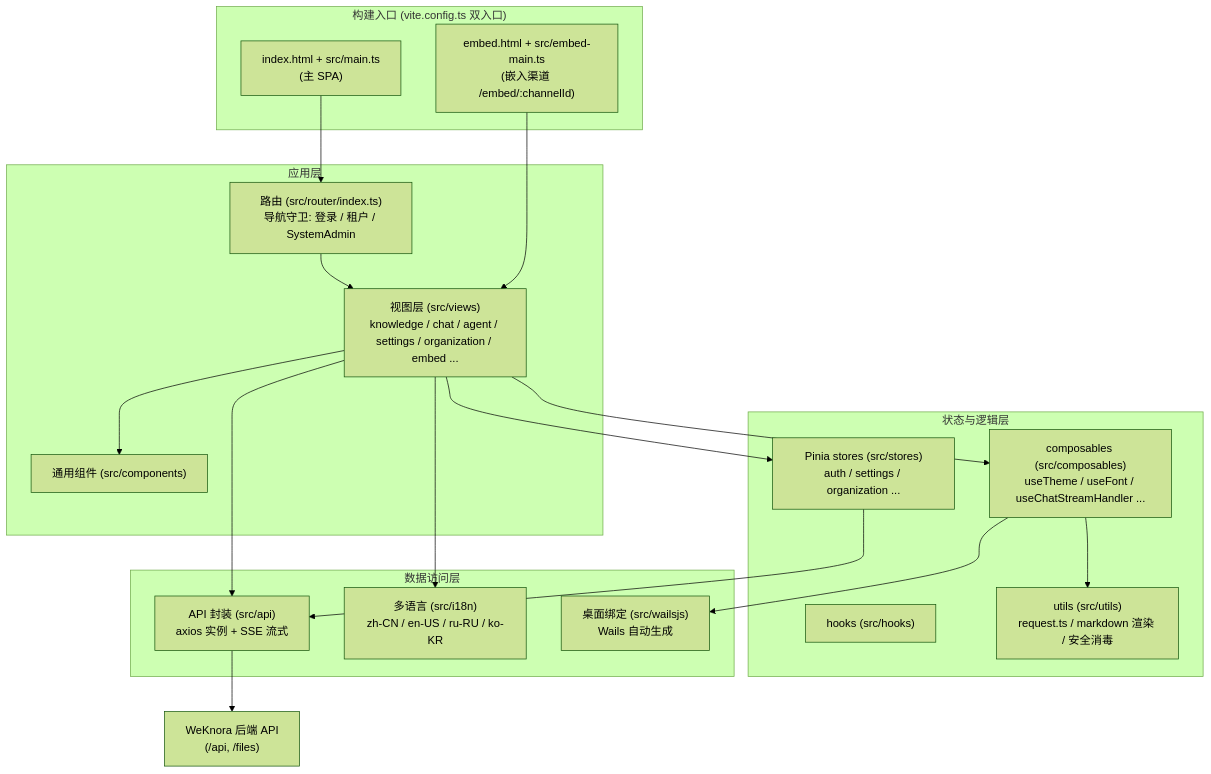
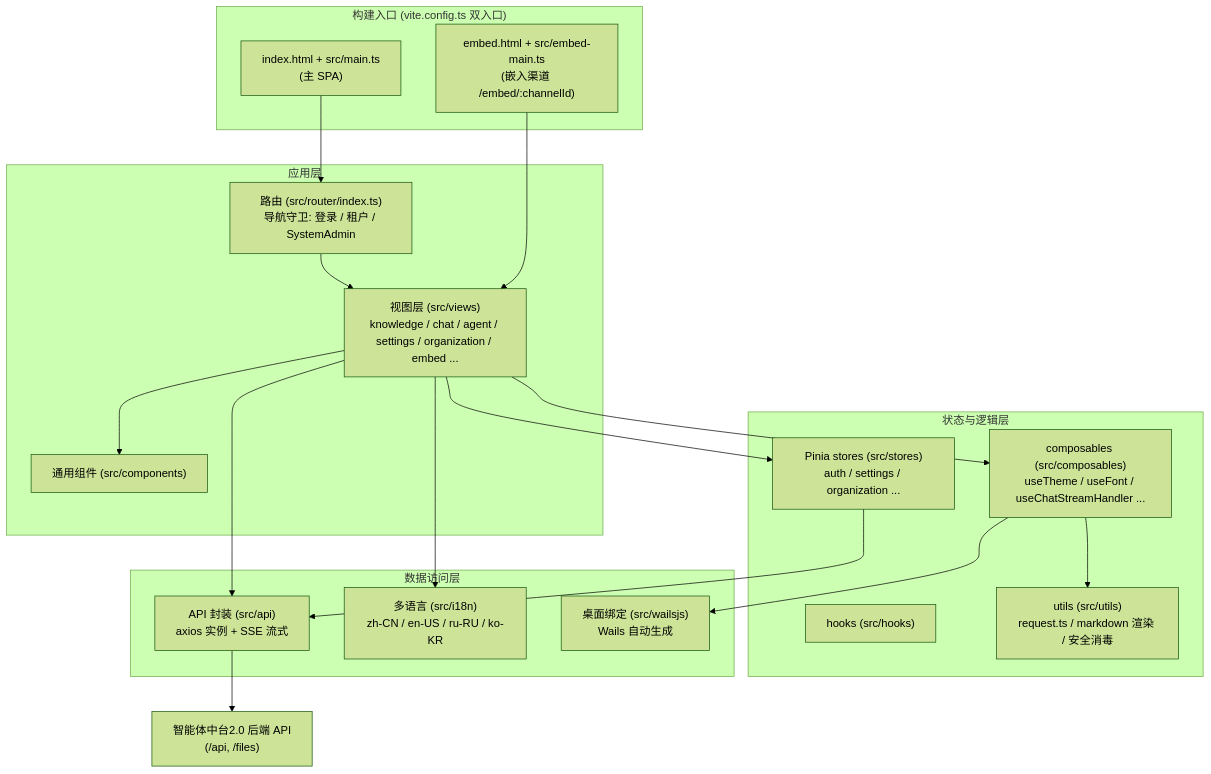
Before and after one commit to qinlei131479/WeKnora: the diagram in apps/docs/05-clients/01-frontend.md, drawn with Mermaid (forest theme). The commit also changed other lines of this file and 47 other files, not shown here.

````diff
--- a/apps/docs/05-clients/01-frontend.md
+++ b/apps/docs/05-clients/01-frontend.md
@@ -38,40 +38,40 @@
 ```mermaid
 flowchart TB
     subgraph entries["构建入口 (vite.config.ts 双入口)"]
         MAIN["index.html + src/main.ts<br/>(主 SPA)"]
         EMBED["embed.html + src/embed-main.ts<br/>(嵌入渠道 /embed/:channelId)"]
     end
 
     subgraph app["应用层"]
         ROUTER["路由 (src/router/index.ts)<br/>导航守卫: 登录 / 租户 / SystemAdmin"]
         VIEWS["视图层 (src/views)<br/>knowledge / chat / agent / settings / organization / embed ..."]
         COMP["通用组件 (src/components)"]
     end
 
     subgraph state["状态与逻辑层"]
         STORES["Pinia stores (src/stores)<br/>auth / settings / organization ..."]
         COMPOSABLES["composables (src/composables)<br/>useTheme / useFont / useChatStreamHandler ..."]
         HOOKS["hooks (src/hooks)"]
         UTILS["utils (src/utils)<br/>request.ts / markdown 渲染 / 安全消毒"]
     end
 
     subgraph io["数据访问层"]
         API["API 封装 (src/api)<br/>axios 实例 + SSE 流式"]
         I18N["多语言 (src/i18n)<br/>zh-CN / en-US / ru-RU / ko-KR"]
         WAILS["桌面绑定 (src/wailsjs)<br/>Wails 自动生成"]
     end
 
-    BACKEND["WeKnora 后端 API<br/>(/api, /files)"]
+    BACKEND["智能体中台2.0 后端 API<br/>(/api, /files)"]
 
     MAIN --> ROUTER --> VIEWS
     EMBED --> VIEWS
     VIEWS --> COMP
     VIEWS --> STORES
     VIEWS --> COMPOSABLES
     COMPOSABLES --> UTILS
     STORES --> API
     VIEWS --> API
     API --> BACKEND
     VIEWS --> I18N
     COMPOSABLES --> WAILS
 ```
````
